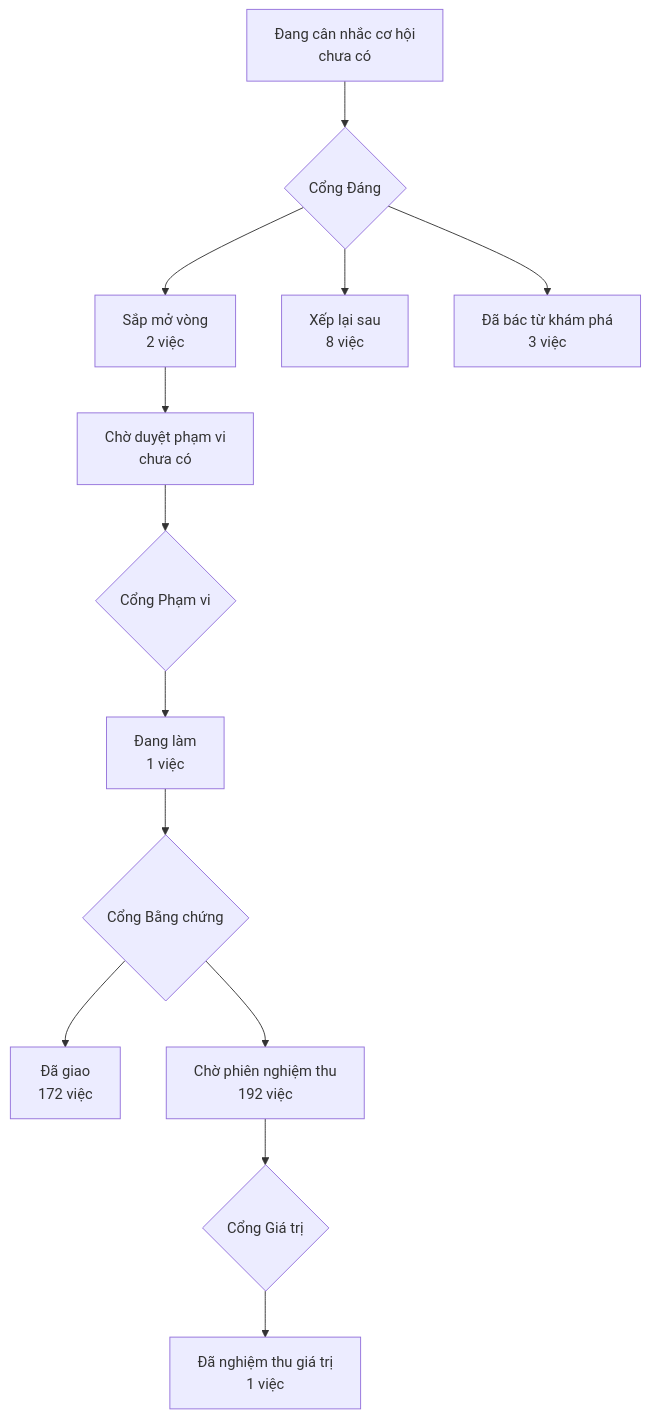
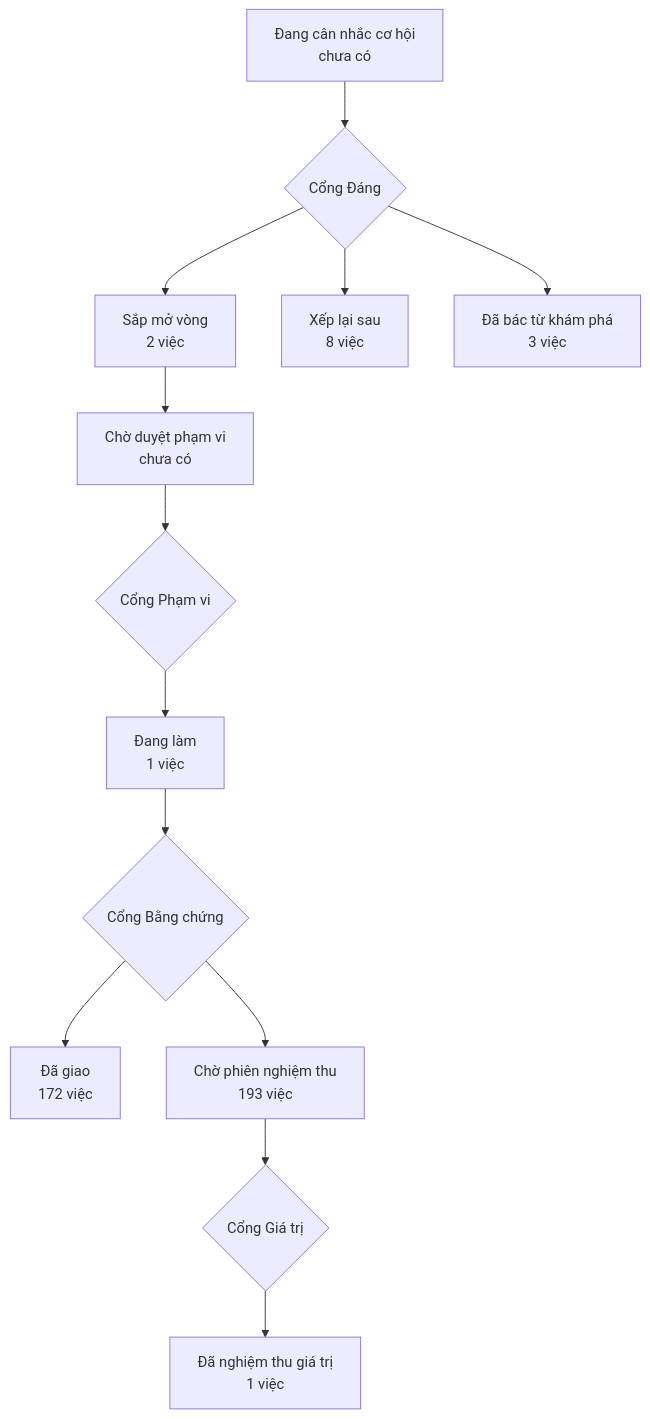
One commit to phanlemanh/crm-onehub changed the diagram in PRODUCT-MAP.md. Above: the diagram before and after it, drawn with Mermaid. The commit also changed 1 other file, not shown here.

Commit message:
chore(rang-hang-cong-cu): vẽ lại bản đồ sau khi gộp onehub ce5e9bd31

````diff
--- a/PRODUCT-MAP.md
+++ b/PRODUCT-MAP.md
@@ -7,12 +7,12 @@
 ```mermaid
 flowchart TD
   A["Đang cân nhắc cơ hội<br/>chưa có"] --> GD{"Cổng Đáng"}
   GD --> B["Sắp mở vòng<br/>2 việc"]
   GD --> XL["Xếp lại sau<br/>8 việc"]
   GD --> DB["Đã bác từ khám phá<br/>3 việc"]
   B --> CD["Chờ duyệt phạm vi<br/>chưa có"] --> GP{"Cổng Phạm vi"}
   GP --> DL["Đang làm<br/>1 việc"] --> GB{"Cổng Bằng chứng"}
   GB --> DG["Đã giao<br/>172 việc"]
-  GB --> CN["Chờ phiên nghiệm thu<br/>192 việc"] --> GG{"Cổng Giá trị"}
+  GB --> CN["Chờ phiên nghiệm thu<br/>193 việc"] --> GG{"Cổng Giá trị"}
   GG --> NT["Đã nghiệm thu giá trị<br/>1 việc"]
 ```
````
